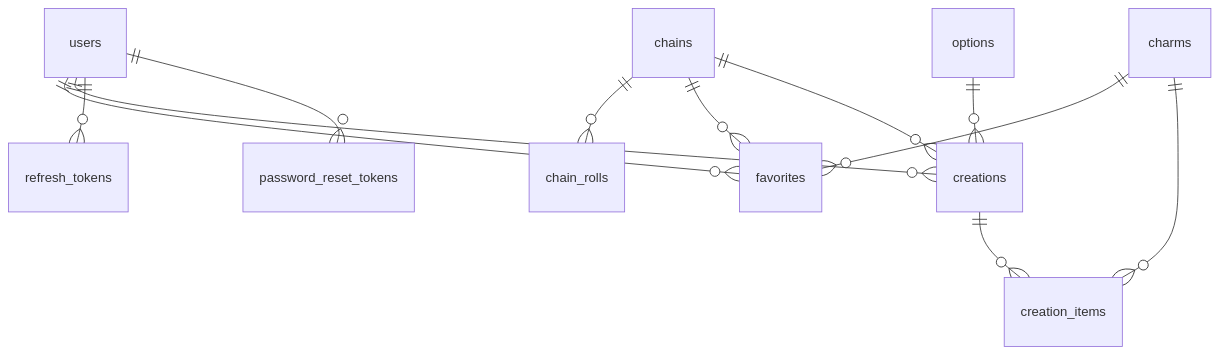
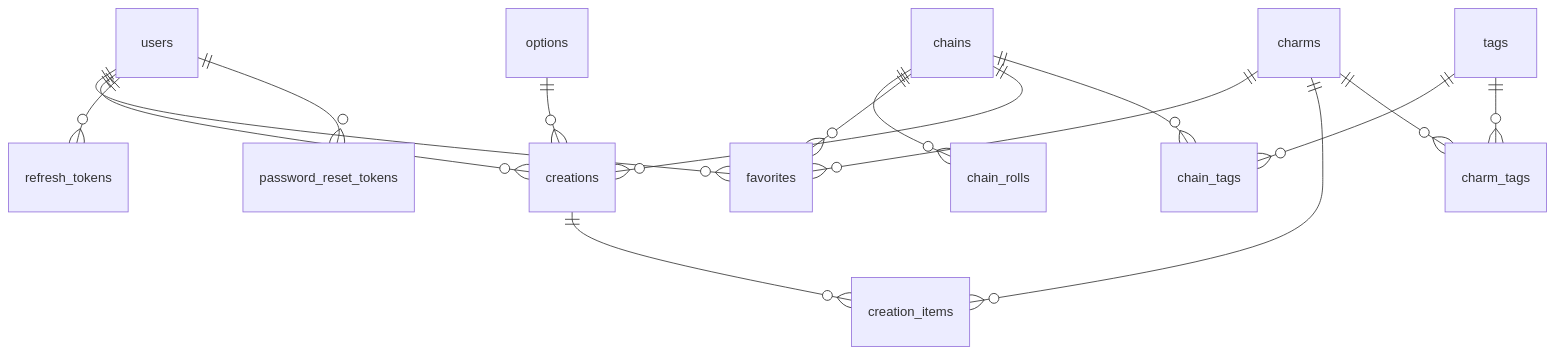
Before and after one commit to marieesss/jewel-shop: the third of 6 diagrams in docs/architecture.md, drawn with Mermaid. The commit also changed other lines of this file, not shown here.

Commit message:
docs: documenter les tags dans l'architecture

````diff
--- a/docs/architecture.md
+++ b/docs/architecture.md
@@ -122,14 +123,18 @@
 ```mermaid
 erDiagram
     users ||--o{ favorites : ""
     users ||--o{ creations : ""
     users ||--o{ refresh_tokens : ""
     users ||--o{ password_reset_tokens : ""
     chains ||--o{ chain_rolls : ""
     chains ||--o{ favorites : ""
     charms ||--o{ favorites : ""
     chains ||--o{ creations : ""
     options ||--o{ creations : ""
     creations ||--o{ creation_items : ""
     charms ||--o{ creation_items : ""
+    tags ||--o{ chain_tags : ""
+    chains ||--o{ chain_tags : ""
+    tags ||--o{ charm_tags : ""
+    charms ||--o{ charm_tags : ""
 ```
````
